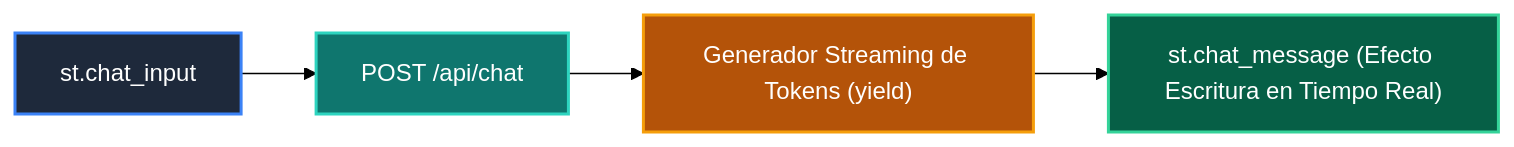
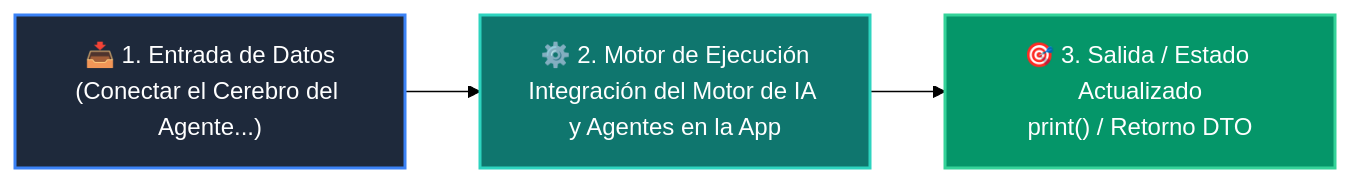
The diagram in 04-proyecto-final/clase-05-integracion-agente-ia/README.md (wisrovi/wisrovi-python), drawn with Mermaid (forest theme) before and after one commit. The commit also changed other lines of this file and 54 other files, not shown here.

Commit message:
refactor: clean repository root by moving maintenance scripts to scripts/ and restore rich high-contrast Mermaid diagrams for all classes and examples

````diff
--- a/04-proyecto-final/clase-05-integracion-agente-ia/README.md
+++ b/04-proyecto-final/clase-05-integracion-agente-ia/README.md
@@ -12,11 +12,9 @@
 ```mermaid
 flowchart LR
-    INP["st.chat_input"] --> POST["POST /api/chat"]
-    POST --> STREAM["Generador Streaming de Tokens (yield)"]
-    STREAM --> CHAT_UI["st.chat_message (Efecto Escritura en Tiempo Real)"]
+    A["📥 1. Entrada de Datos<br/>(Conectar el Cerebro del Agente...)"] --> B["⚙️ 2. Motor de Ejecución<br/>Integración del Motor de IA y Agentes en la App"]
+    B --> C["🎯 3. Salida / Estado Actualizado<br/>print() / Retorno DTO"]
 
-    style INP fill:#1e293b,color:#fff,stroke:#3b82f6,stroke-width:2px
-    style POST fill:#0f766e,color:#fff,stroke:#2dd4bf,stroke-width:2px
-    style STREAM fill:#b45309,color:#fff,stroke:#f59e0b,stroke-width:2px
-    style CHAT_UI fill:#065f46,color:#fff,stroke:#34d399,stroke-width:2px
+    style A fill:#1e293b,color:#ffffff,stroke:#3b82f6,stroke-width:2px
+    style B fill:#0f766e,color:#ffffff,stroke:#2dd4bf,stroke-width:2px
+    style C fill:#059669,color:#ffffff,stroke:#34d399,stroke-width:2px
 ```
````
